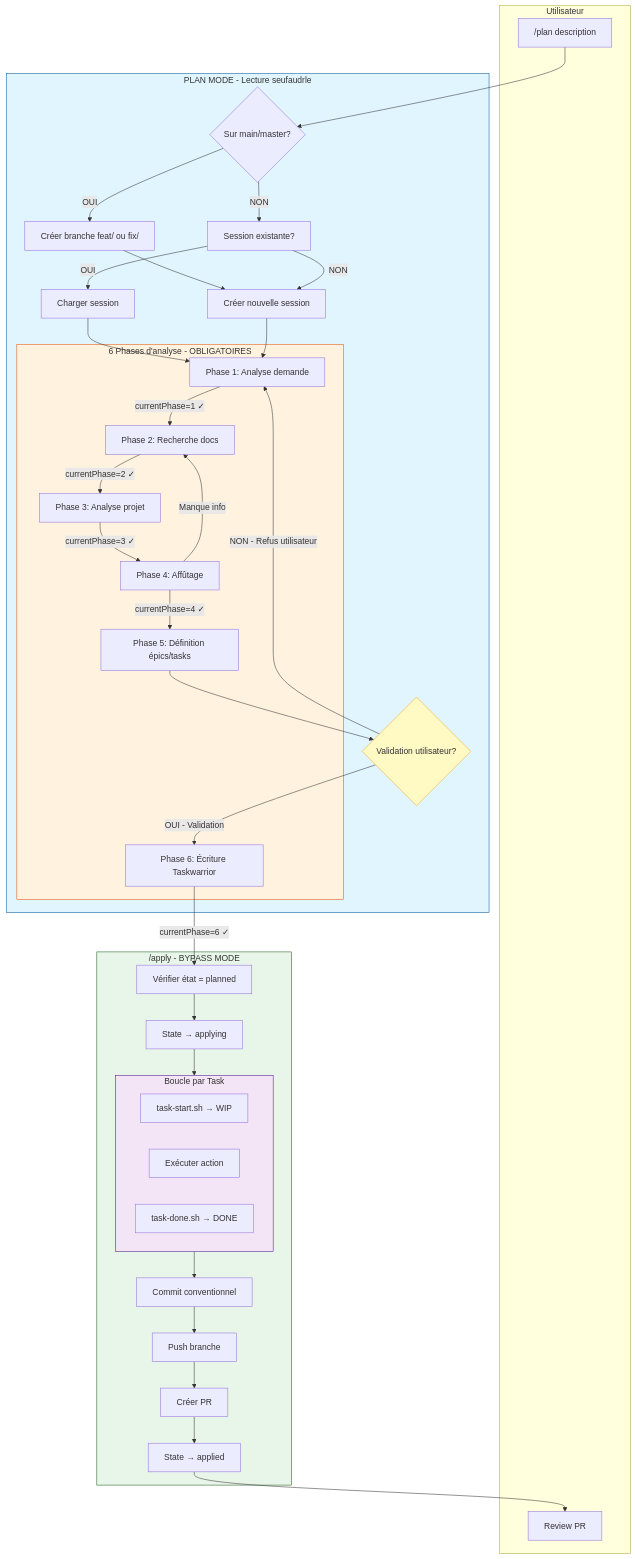
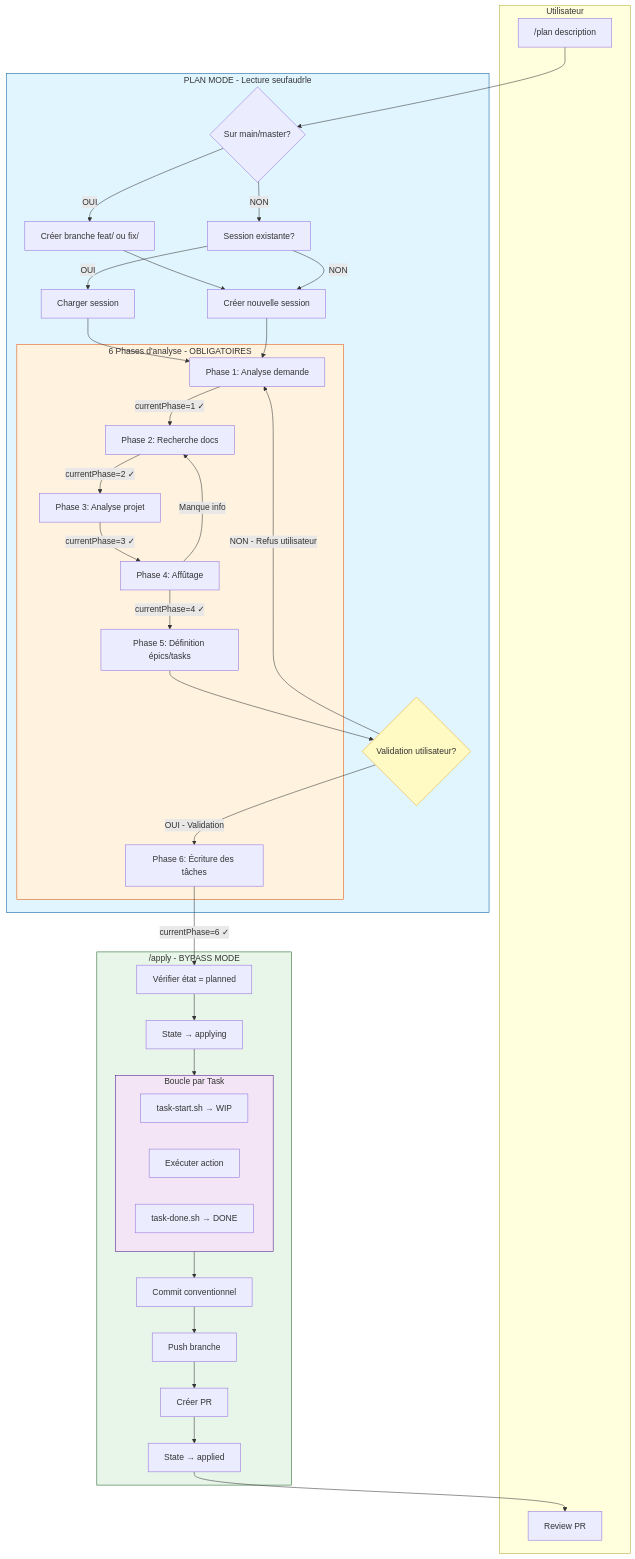
Before and after one commit to kodflow/status-line: the first of 10 diagrams in .devcontainer/docs/workflow-plan-apply.md, drawn with Mermaid. The commit also changed other lines of this file and 81 other files, not shown here.

````diff
--- a/.devcontainer/docs/workflow-plan-apply.md
+++ b/.devcontainer/docs/workflow-plan-apply.md
@@ -7,77 +7,77 @@
 ```mermaid
 flowchart TB
     subgraph User["Utilisateur"]
         A["/plan description"]
         Z["Review PR"]
     end
 
     subgraph PlanMode["PLAN MODE - Lecture seufaudrle"]
         B{Sur main/master?}
         C[Créer branche feat/ ou fix/]
         D[Session existante?]
         E[Charger session]
         F[Créer nouvelle session]
 
         subgraph Phases["6 Phases d'analyse - OBLIGATOIRES"]
             P1["Phase 1: Analyse demande"]
             P2["Phase 2: Recherche docs"]
             P3["Phase 3: Analyse projet"]
             P4["Phase 4: Affûtage"]
             P5["Phase 5: Définition épics/tasks"]
-            P6["Phase 6: Écriture Taskwarrior"]
+            P6["Phase 6: Écriture des tâches"]
         end
 
         V{Validation utilisateur?}
     end
 
     subgraph ApplyMode["/apply - BYPASS MODE"]
         AP1["Vérifier état = planned"]
         AP2["State → applying"]
 
         subgraph TaskLoop["Boucle par Task"]
             T1["task-start.sh → WIP"]
             T2["Exécuter action"]
             T3["task-done.sh → DONE"]
         end
 
         AP3["Commit conventionnel"]
         AP4["Push branche"]
         AP5["Créer PR"]
         AP6["State → applied"]
     end
 
     A --> B
     B -->|OUI| C
     B -->|NON| D
     C --> F
     D -->|OUI| E
     D -->|NON| F
     E --> P1
     F --> P1
 
     P1 -->|"currentPhase=1 ✓"| P2
     P2 -->|"currentPhase=2 ✓"| P3
     P3 -->|"currentPhase=3 ✓"| P4
     P4 -->|Manque info| P2
     P4 -->|"currentPhase=4 ✓"| P5
     P5 --> V
 
     V -->|"NON - Refus utilisateur"| P1
     V -->|"OUI - Validation"| P6
 
     P6 -->|"currentPhase=6 ✓"| AP1
 
     AP1 --> AP2
     AP2 --> TaskLoop
     TaskLoop --> AP3
     AP3 --> AP4
     AP4 --> AP5
     AP5 --> AP6
     AP6 --> Z
 
     style PlanMode fill:#e1f5fe,stroke:#01579b
     style ApplyMode fill:#e8f5e9,stroke:#1b5e20
     style Phases fill:#fff3e0,stroke:#e65100
     style TaskLoop fill:#f3e5f5,stroke:#4a148c
     style V fill:#fff9c4,stroke:#f9a825
 ```
````
